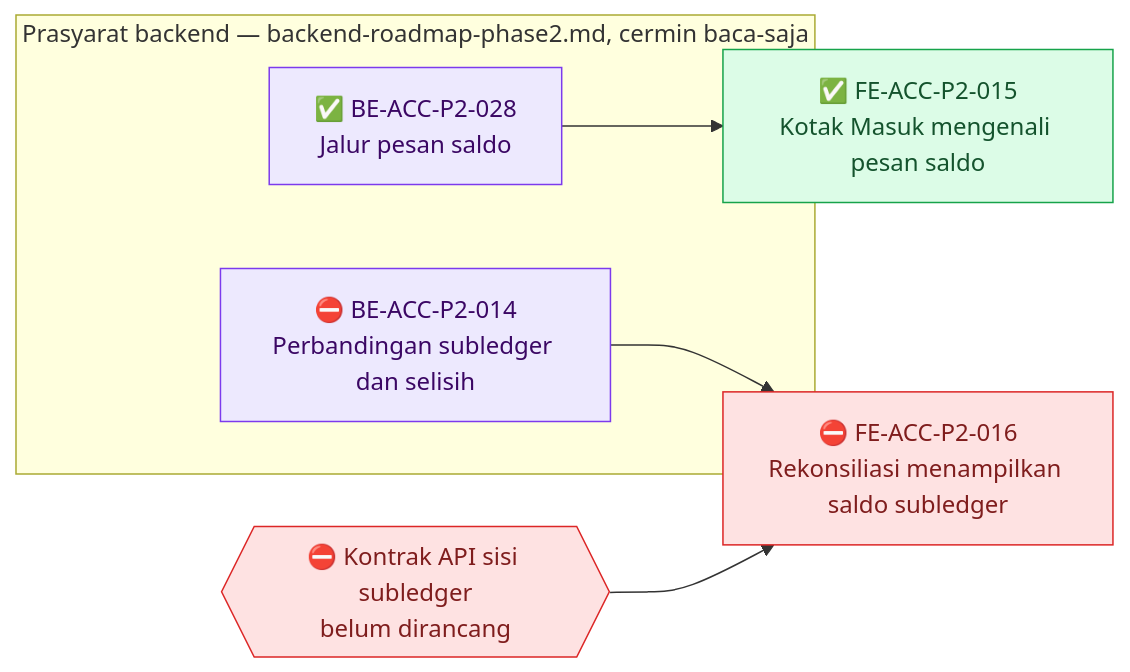
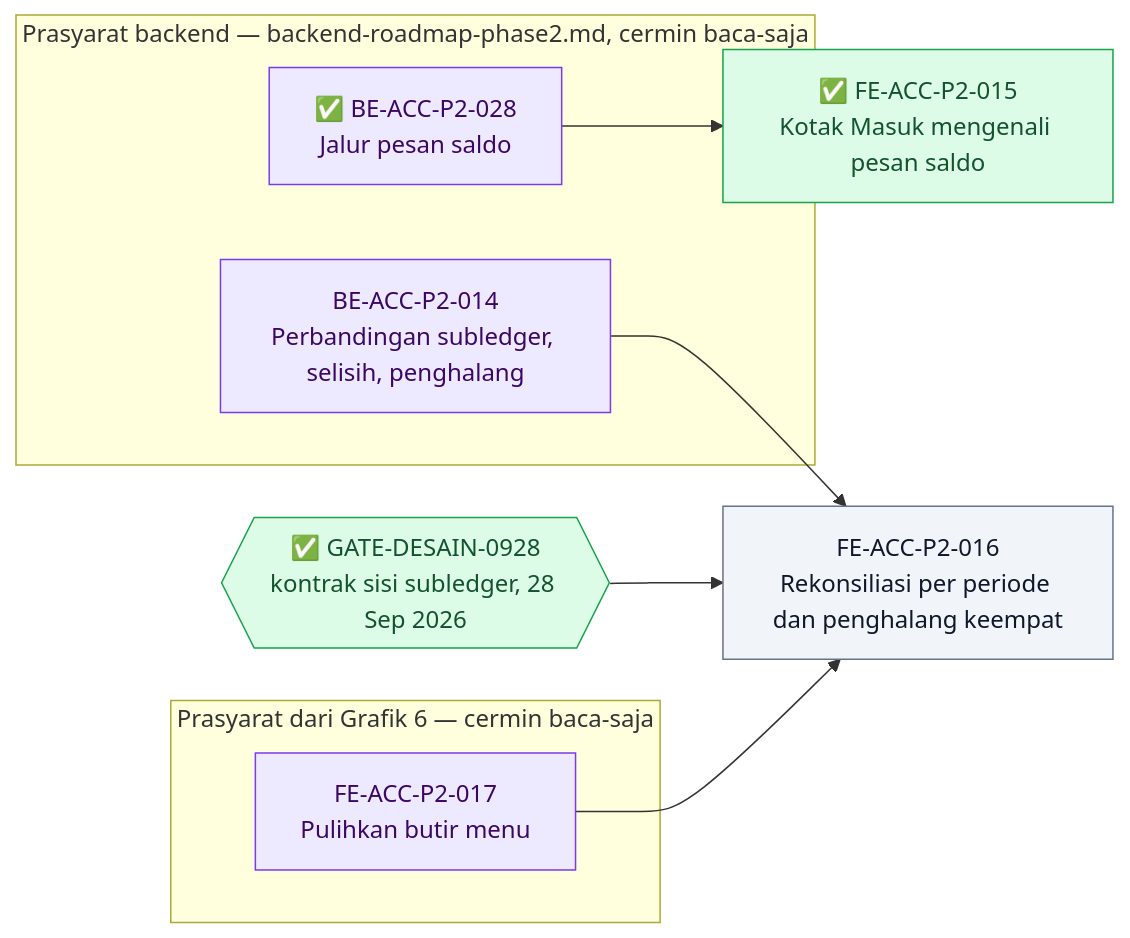
Before and after one commit to DevBenari/NewQuilvianSystemBackend: the sixth of 7 diagrams in docs/module-blueprints/accounting/roadmap/frontend-roadmap-phase2.md, drawn with Mermaid. The commit also changed other lines of this file and 13 other files, not shown here.

Commit message:
docs(accounting): rekonsiliasi saldo subledger - ACC-DEC-107..115, GATE-DESAIN-0928 (ACC-API-0.13/0.14, XMOD-0.4), roadmap BE rev6 FE rev7

````diff
--- a/docs/module-blueprints/accounting/roadmap/frontend-roadmap-phase2.md
+++ b/docs/module-blueprints/accounting/roadmap/frontend-roadmap-phase2.md
@@ -574,22 +579,26 @@
 ```mermaid
 flowchart LR
     classDef selesai fill:#DCFCE7,stroke:#16A34A,color:#14532D
     classDef sebagian fill:#FEF9C3,stroke:#CA8A04,color:#713F12
     classDef terblokir fill:#FEE2E2,stroke:#DC2626,color:#7F1D1D
     classDef belum fill:#F1F5F9,stroke:#64748B,color:#0F172A
     classDef luar fill:#EDE9FE,stroke:#7C3AED,color:#3B0764
 
     subgraph backend["Prasyarat backend — backend-roadmap-phase2.md, cermin baca-saja"]
         BBEACCP2028["✅ BE-ACC-P2-028<br/>Jalur pesan saldo"]:::luar
-        BBEACCP2014["⛔ BE-ACC-P2-014<br/>Perbandingan subledger dan selisih"]:::luar
+        BBEACCP2014["BE-ACC-P2-014<br/>Perbandingan subledger, selisih, penghalang"]:::luar
+    end
+    subgraph fe7["Prasyarat dari Grafik 6 — cermin baca-saja"]
+        MFEACCP2017["FE-ACC-P2-017<br/>Pulihkan butir menu"]:::luar
     end
 
-    GKONTRAK{{"⛔ Kontrak API sisi subledger<br/>belum dirancang"}}:::terblokir
+    GKONTRAK{{"✅ GATE-DESAIN-0928<br/>kontrak sisi subledger, 28 Sep 2026"}}:::selesai
 
     FEACCP2015["✅ FE-ACC-P2-015<br/>Kotak Masuk mengenali pesan saldo"]:::selesai
-    FEACCP2016["⛔ FE-ACC-P2-016<br/>Rekonsiliasi menampilkan saldo subledger"]:::terblokir
+    FEACCP2016["FE-ACC-P2-016<br/>Rekonsiliasi per periode dan penghalang keempat"]:::belum
 
     BBEACCP2028 --> FEACCP2015
     BBEACCP2014 --> FEACCP2016
     GKONTRAK --> FEACCP2016
+    MFEACCP2017 --> FEACCP2016
 ```
````
